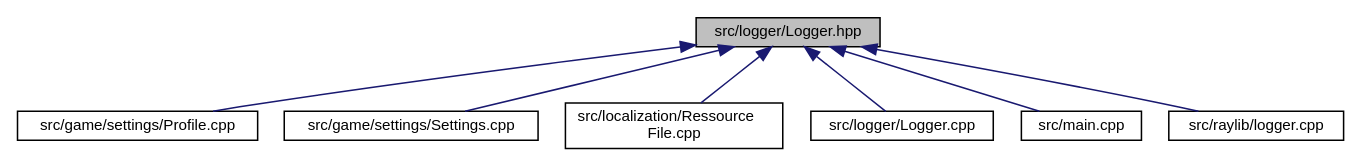
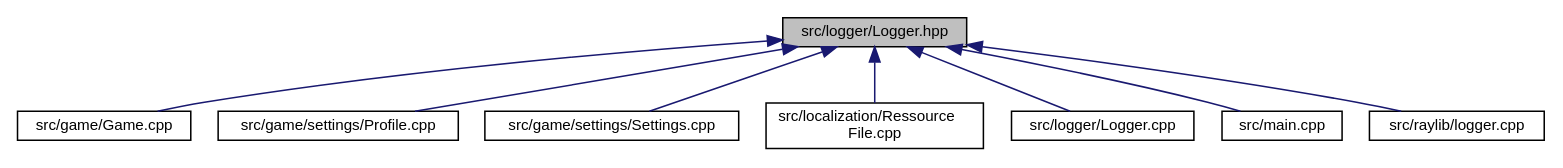
One commit to MisterPeModder/Bomberman-Global-Offensive changed the diagram in _logger_8hpp__dep__incl.dot. Above: the diagram before and after it, drawn with Graphviz. The commit also changed 674 other files, not shown here.

```diff
--- a/_logger_8hpp__dep__incl.dot
+++ b/_logger_8hpp__dep__incl.dot
@@ -1,19 +1,21 @@
 digraph "src/logger/Logger.hpp"
 {
  // LATEX_PDF_SIZE
   edge [fontname="Helvetica",fontsize="10",labelfontname="Helvetica",labelfontsize="10"];
   node [fontname="Helvetica",fontsize="10",shape=record];
   Node1 [label="src/logger/Logger.hpp",height=0.2,width=0.4,color="black", fillcolor="grey75", style="filled", fontcolor="black",tooltip=" "];
   Node1 -> Node2 [dir="back",color="midnightblue",fontsize="10",style="solid",fontname="Helvetica"];
-  Node2 [label="src/game/settings/Profile.cpp",height=0.2,width=0.4,color="black", fillcolor="white", style="filled",URL="$_profile_8cpp.html",tooltip=" "];
+  Node2 [label="src/game/Game.cpp",height=0.2,width=0.4,color="black", fillcolor="white", style="filled",URL="$_game_8cpp.html",tooltip=" "];
   Node1 -> Node3 [dir="back",color="midnightblue",fontsize="10",style="solid",fontname="Helvetica"];
-  Node3 [label="src/game/settings/Settings.cpp",height=0.2,width=0.4,color="black", fillcolor="white", style="filled",URL="$_settings_8cpp.html",tooltip=" "];
+  Node3 [label="src/game/settings/Profile.cpp",height=0.2,width=0.4,color="black", fillcolor="white", style="filled",URL="$_profile_8cpp.html",tooltip=" "];
   Node1 -> Node4 [dir="back",color="midnightblue",fontsize="10",style="solid",fontname="Helvetica"];
-  Node4 [label="src/localization/Ressource\lFile.cpp",height=0.2,width=0.4,color="black", fillcolor="white", style="filled",URL="$_ressource_file_8cpp.html",tooltip=" "];
+  Node4 [label="src/game/settings/Settings.cpp",height=0.2,width=0.4,color="black", fillcolor="white", style="filled",URL="$_settings_8cpp.html",tooltip=" "];
   Node1 -> Node5 [dir="back",color="midnightblue",fontsize="10",style="solid",fontname="Helvetica"];
-  Node5 [label="src/logger/Logger.cpp",height=0.2,width=0.4,color="black", fillcolor="white", style="filled",URL="$logger_2_logger_8cpp.html",tooltip=" "];
+  Node5 [label="src/localization/Ressource\lFile.cpp",height=0.2,width=0.4,color="black", fillcolor="white", style="filled",URL="$_ressource_file_8cpp.html",tooltip=" "];
   Node1 -> Node6 [dir="back",color="midnightblue",fontsize="10",style="solid",fontname="Helvetica"];
-  Node6 [label="src/main.cpp",height=0.2,width=0.4,color="black", fillcolor="white", style="filled",URL="$main_8cpp.html",tooltip=" "];
+  Node6 [label="src/logger/Logger.cpp",height=0.2,width=0.4,color="black", fillcolor="white", style="filled",URL="$logger_2_logger_8cpp.html",tooltip=" "];
   Node1 -> Node7 [dir="back",color="midnightblue",fontsize="10",style="solid",fontname="Helvetica"];
-  Node7 [label="src/raylib/logger.cpp",height=0.2,width=0.4,color="black", fillcolor="white", style="filled",URL="$raylib_2_logger_8cpp.html",tooltip=" "];
+  Node7 [label="src/main.cpp",height=0.2,width=0.4,color="black", fillcolor="white", style="filled",URL="$main_8cpp.html",tooltip=" "];
+  Node1 -> Node8 [dir="back",color="midnightblue",fontsize="10",style="solid",fontname="Helvetica"];
+  Node8 [label="src/raylib/logger.cpp",height=0.2,width=0.4,color="black", fillcolor="white", style="filled",URL="$raylib_2_logger_8cpp.html",tooltip=" "];
 }
```
